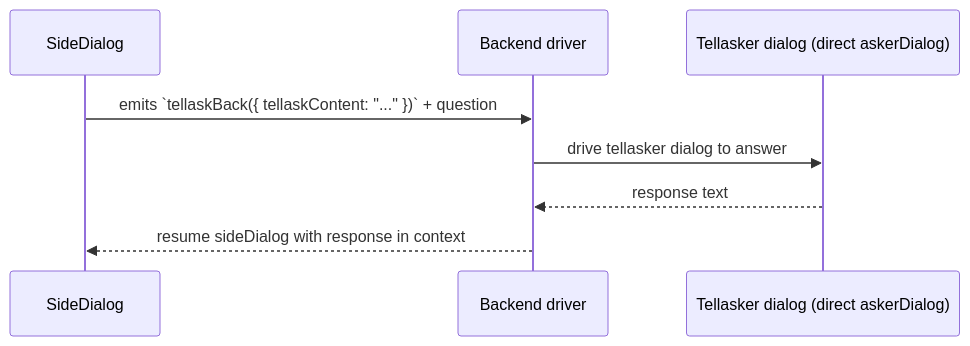
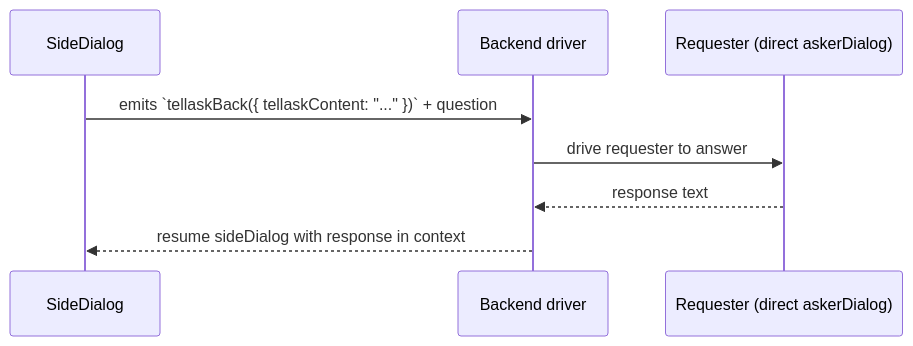
Diagram 11 of 18 in docs/dialog-system.md (longrun-ai/dominds), drawn with Mermaid before and after one commit. The commit also changed other lines of this file and 105 other files, not shown here.

````diff
--- a/docs/dialog-system.md
+++ b/docs/dialog-system.md
@@ -1265,11 +1259,11 @@
 ```mermaid
 sequenceDiagram
   participant Side as SideDialog
   participant Driver as Backend driver
-  participant Asker as Tellasker dialog (direct askerDialog)
+  participant Asker as Requester (direct askerDialog)
 
   Side->>Driver: emits `tellaskBack({ tellaskContent: "..." })` + question
-  Driver->>Asker: drive tellasker dialog to answer
+  Driver->>Asker: drive requester to answer
   Asker-->>Driver: response text
   Driver-->>Side: resume sideDialog with response in context
 ```
````
